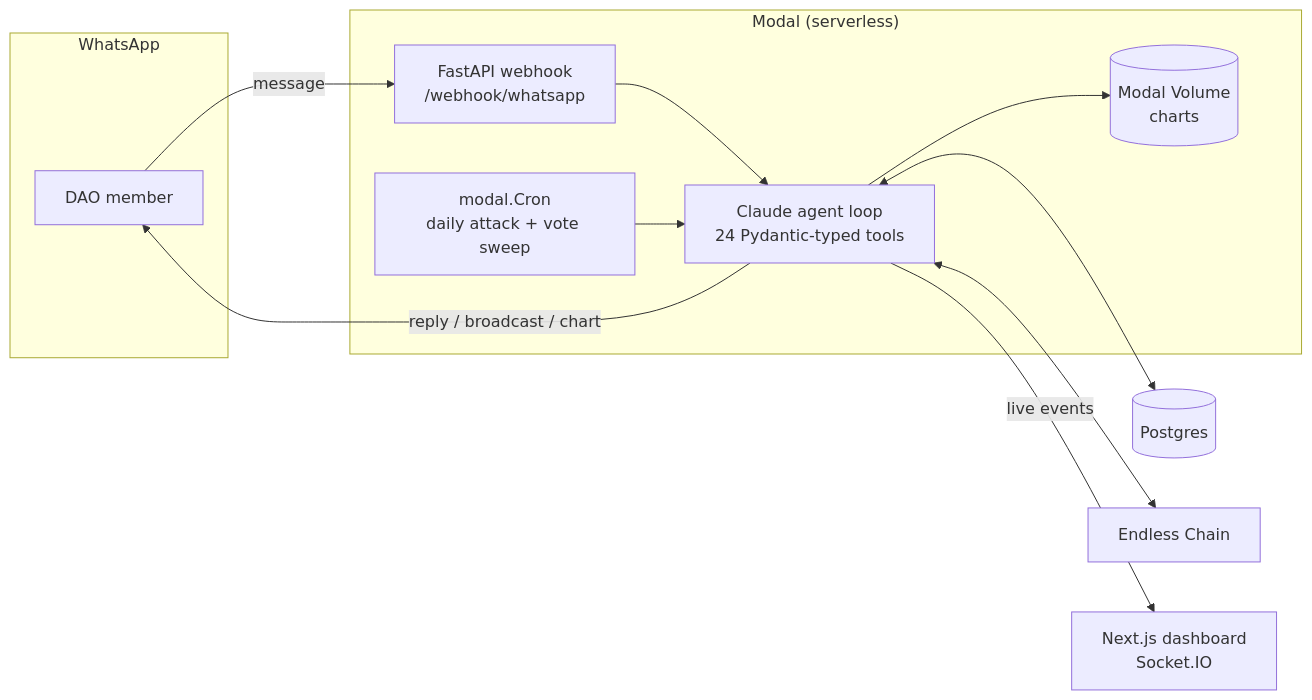
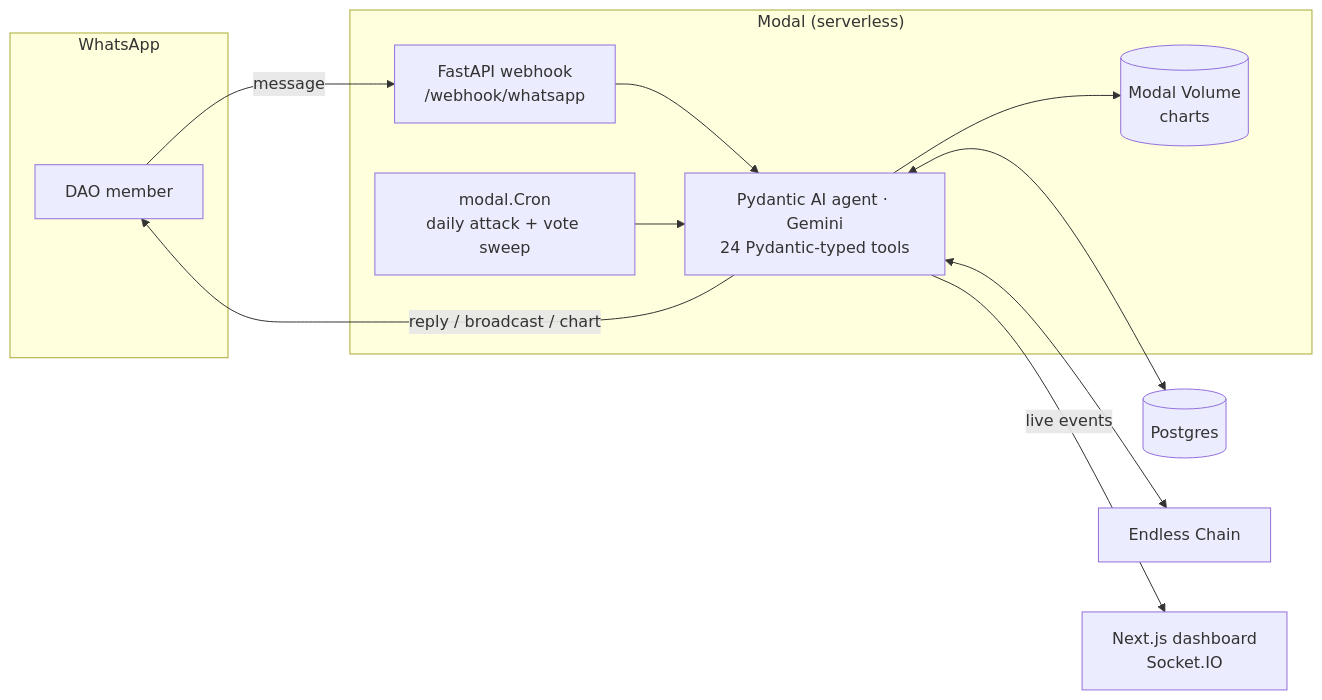
One commit to Pranavreddy2007/tech-europe-hackathon changed the diagram in README.md. Above: the diagram before and after it, drawn with Mermaid. The commit also changed other lines of this file and 11 other files, not shown here.

First line of the commit message:
Run the agent on Gemini via Pydantic AI

````diff
--- a/README.md
+++ b/README.md
@@ -36,25 +37,25 @@
 ```mermaid
 flowchart LR
     subgraph WA["WhatsApp"]
         USER[DAO member]
     end
 
     subgraph MODAL["Modal (serverless)"]
         HOOK["FastAPI webhook<br/>/webhook/whatsapp"]
-        AGENT["Claude agent loop<br/>24 Pydantic-typed tools"]
+        AGENT["Pydantic AI agent · Gemini<br/>24 Pydantic-typed tools"]
         CRON["modal.Cron<br/>daily attack + vote sweep"]
         VOL[("Modal Volume<br/>charts")]
     end
 
     DB[(Postgres)]
     CHAIN["Endless Chain"]
     DASH["Next.js dashboard<br/>Socket.IO"]
 
     USER -- message --> HOOK --> AGENT
     CRON --> AGENT
     AGENT -- reply / broadcast / chart --> USER
     AGENT <--> DB
     AGENT <--> CHAIN
     AGENT --> VOL
     AGENT -- live events --> DASH
 ```
````
